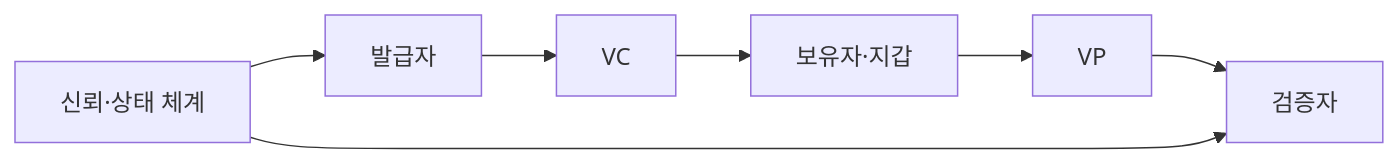
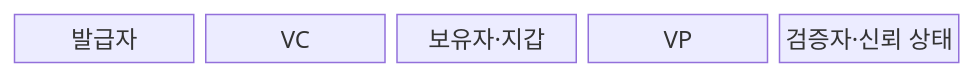
Before and after one commit to agnusdei1207/knowledge-base: the first of 2 diagrams in src/content/docs/notes/05-security/067_verifiable_credential.md, drawn with Mermaid. The commit also changed other lines of this file and 7 other files, not shown here.

````diff
--- a/src/content/docs/notes/05-security/067_verifiable_credential.md
+++ b/src/content/docs/notes/05-security/067_verifiable_credential.md
@@ -59,9 +61,9 @@
 ```mermaid
-flowchart LR
-    A[발급자] --> B[VC]
-    B --> C[보유자·지갑]
-    C --> D[VP]
-    D --> E[검증자]
-    F[신뢰·상태 체계] --> A
-    F --> E
+block-beta
+  columns 5
+  A["발급자"]
+  B["VC"]
+  C["보유자·지갑"]
+  D["VP"]
+  E["검증자·신뢰 상태"]
 ```
````
